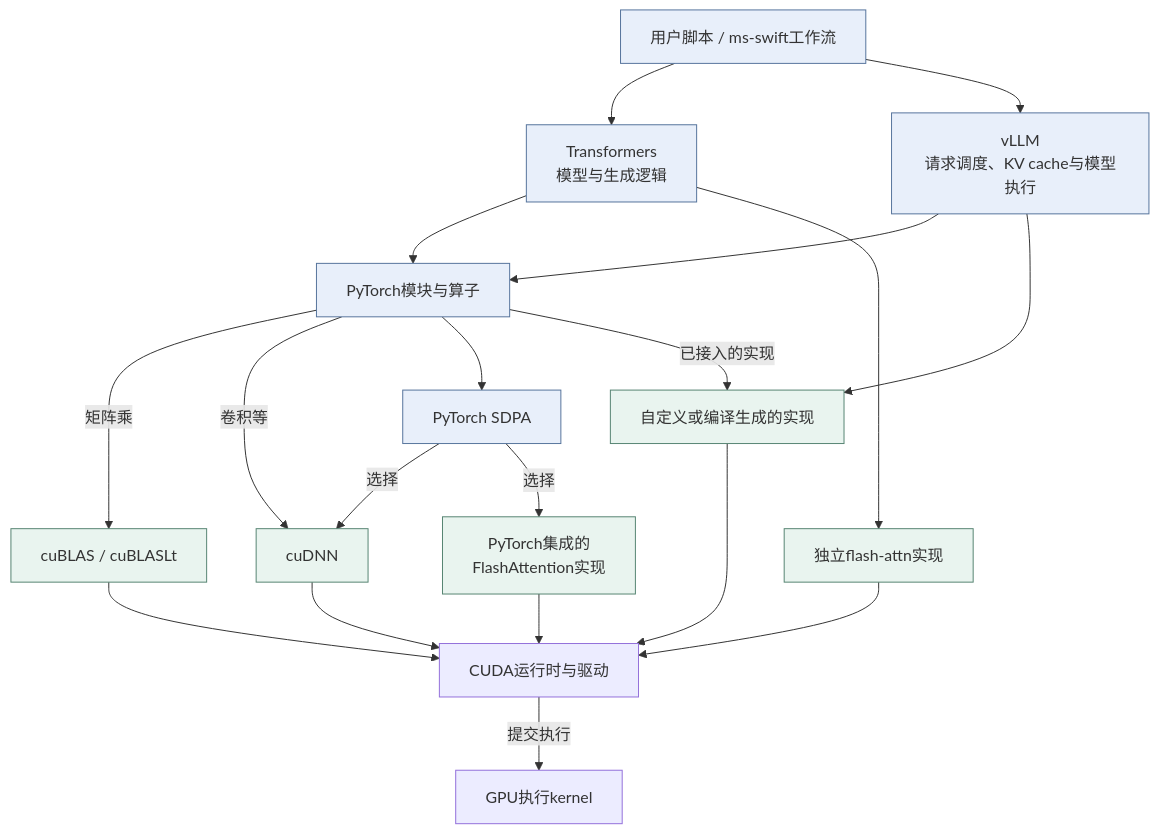
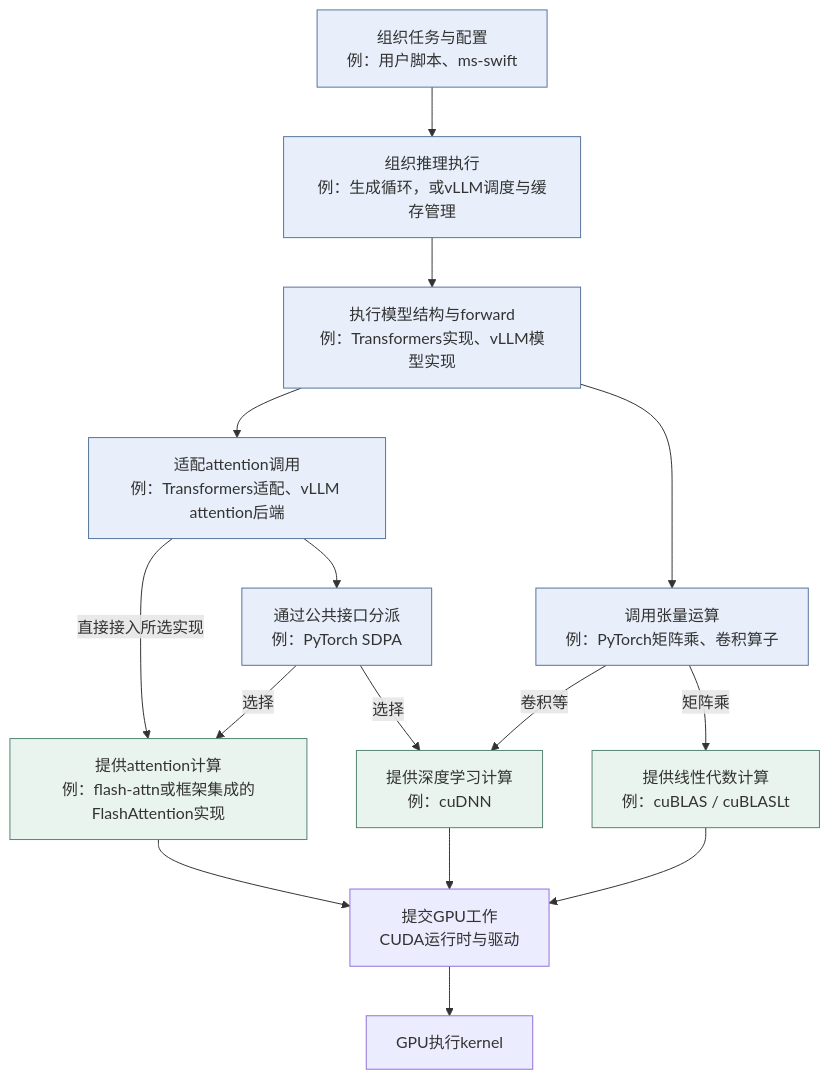
Before and after one commit to Jichao0101/Knowledge-Base: the first of 2 diagrams in 02_Projects/AI-Career-Transition/10_学习文档/P02A-00_模型软件栈与框架分工_学习文档.md, drawn with Mermaid. The commit also changed other lines of this file and 1 other file, not shown here.

````diff
--- a/02_Projects/AI-Career-Transition/10_学习文档/P02A-00_模型软件栈与框架分工_学习文档.md
+++ b/02_Projects/AI-Career-Transition/10_学习文档/P02A-00_模型软件栈与框架分工_学习文档.md
@@ -46,25 +46,22 @@
 ```mermaid
+%%{init: {"flowchart": {"wrappingWidth": 240}, "look": "classic"}}%%
 flowchart TD
-    A[用户脚本 / ms-swift工作流] --> B[Transformers<br/>模型与生成逻辑]
-    A --> C[vLLM<br/>请求调度、KV cache与模型执行]
-    B --> P[PyTorch模块与算子]
-    C --> P
-    B --> F[独立flash-attn实现]
-    C --> X[自定义或编译生成的实现]
-    P -->|矩阵乘| BL[cuBLAS / cuBLASLt]
-    P -->|卷积等| DN[cuDNN]
-    P --> S[PyTorch SDPA]
-    P -->|已接入的实现| X
-    S -->|选择| DN
-    S -->|选择| FA[PyTorch集成的<br/>FlashAttention实现]
-    BL --> R[CUDA运行时与驱动]
+    W[组织任务与配置<br/>例：用户脚本、ms-swift] --> E[组织推理执行<br/>例：生成循环，或vLLM调度与缓存管理]
+    E --> M[执行模型结构与forward<br/>例：Transformers实现、vLLM模型实现]
+    M --> P[调用张量运算<br/>例：PyTorch矩阵乘、卷积算子]
+    M --> A[适配attention调用<br/>例：Transformers适配、vLLM attention后端]
+    A --> S[通过公共接口分派<br/>例：PyTorch SDPA]
+    A -->|直接接入所选实现| FA[提供attention计算<br/>例：flash-attn或框架集成的FlashAttention实现]
+    S -->|选择| FA
+    S -->|选择| DN[提供深度学习计算<br/>例：cuDNN]
+    P -->|矩阵乘| BL[提供线性代数计算<br/>例：cuBLAS / cuBLASLt]
+    P -->|卷积等| DN
+    FA --> R[提交GPU工作<br/>CUDA运行时与驱动]
     DN --> R
-    FA --> R
-    X --> R
-    F --> R
-    R -->|提交执行| G[GPU执行kernel]
-    classDef entry fill:#e8effa,stroke:#56749c
+    BL --> R
+    R --> G[GPU执行kernel]
+    classDef role fill:#e8effa,stroke:#56749c
     classDef impl fill:#e9f4ef,stroke:#568472
-    class A,B,C,P,S entry
-    class BL,DN,FA,X,F impl
+    class W,E,M,P,A,S role
+    class BL,DN,FA impl
 ```
````
